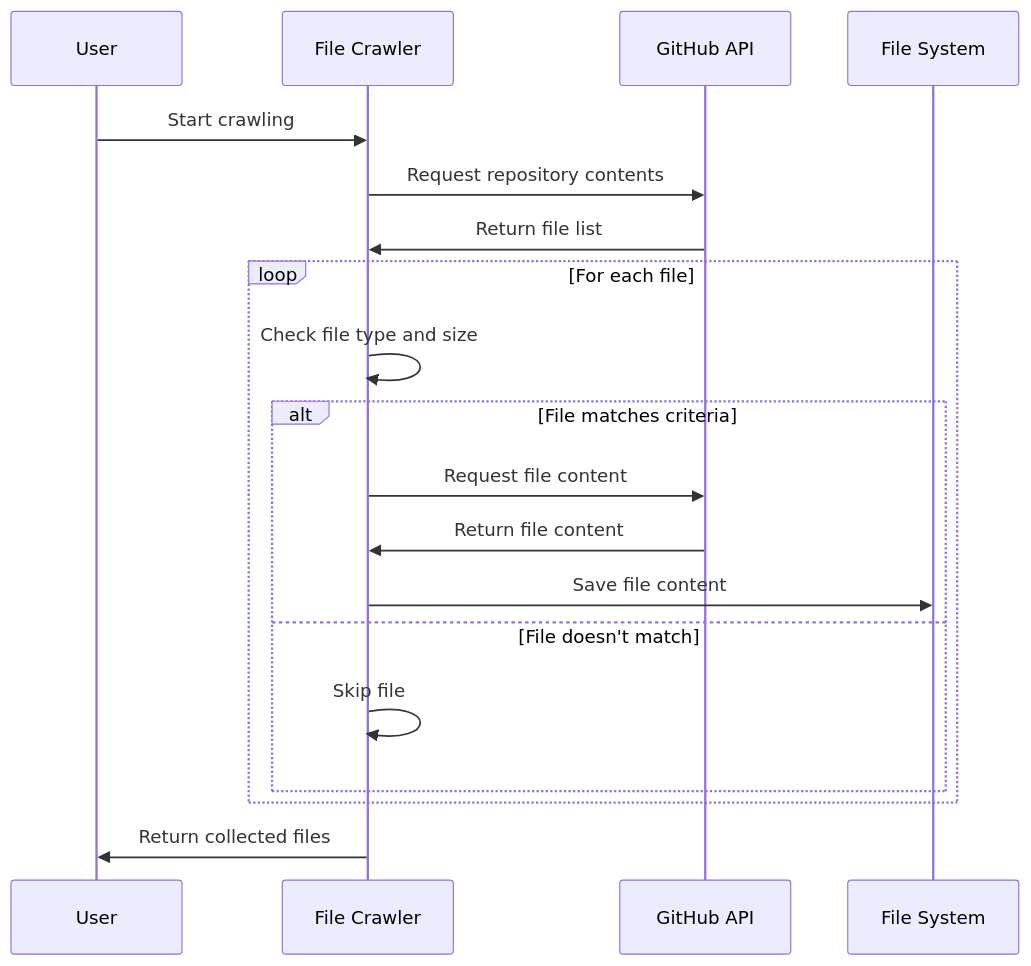
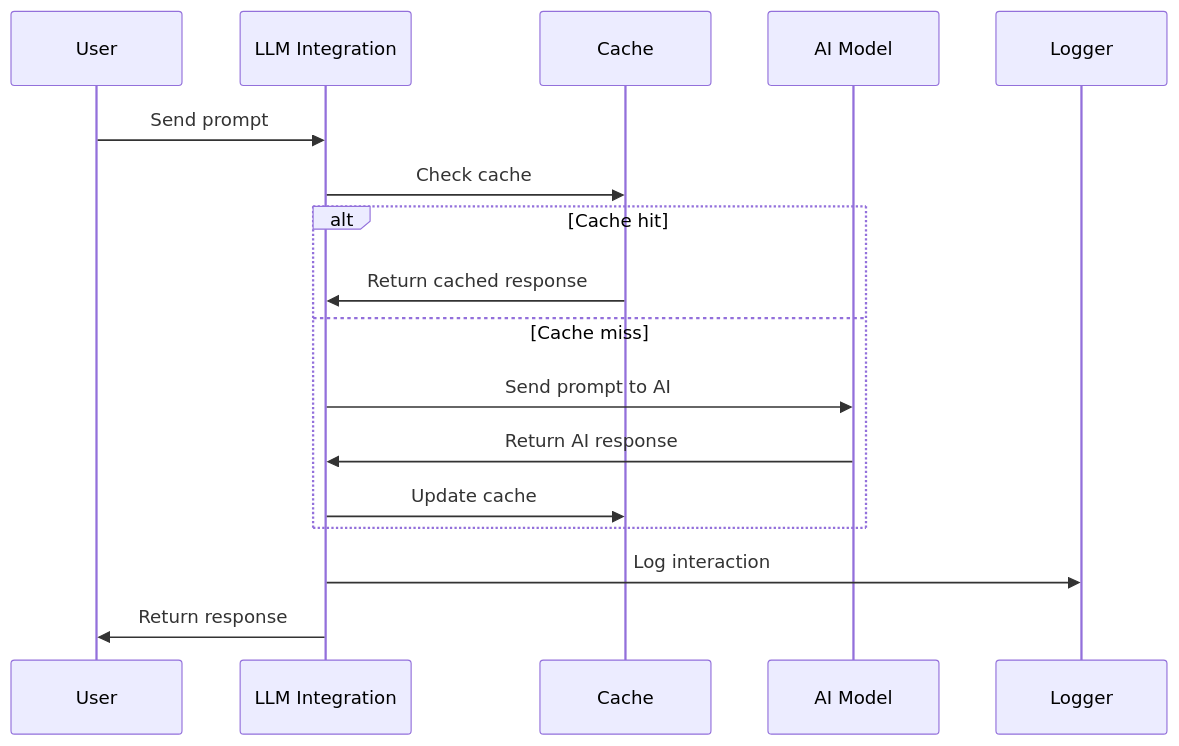
The sixth of 9 diagrams in README.md (dygavieta/NewRepo), drawn with Mermaid before and after one commit. The commit also changed other lines of this file, not shown here.

````diff
--- a/README.md
+++ b/README.md
@@ -492,22 +516,20 @@
 ```mermaid
 sequenceDiagram
-    participant User
-    participant FC as File Crawler
-    participant GH as GitHub API
-    participant FS as File System
+    participant U as User
+    participant LI as LLM Integration
+    participant C as Cache
+    participant A as AI Model
+    participant L as Logger
 
-    User->>FC: Start crawling
-    FC->>GH: Request repository contents
-    GH->>FC: Return file list
-    loop For each file
-        FC->>FC: Check file type and size
-        alt File matches criteria
-            FC->>GH: Request file content
-            GH->>FC: Return file content
-            FC->>FS: Save file content
-        else File doesn't match
-            FC->>FC: Skip file
-        end
+    U->>LI: Send prompt
+    LI->>C: Check cache
+    alt Cache hit
+        C->>LI: Return cached response
+    else Cache miss
+        LI->>A: Send prompt to AI
+        A->>LI: Return AI response
+        LI->>C: Update cache
     end
-    FC->>User: Return collected files
+    LI->>L: Log interaction
+    LI->>U: Return response
 ```
````
